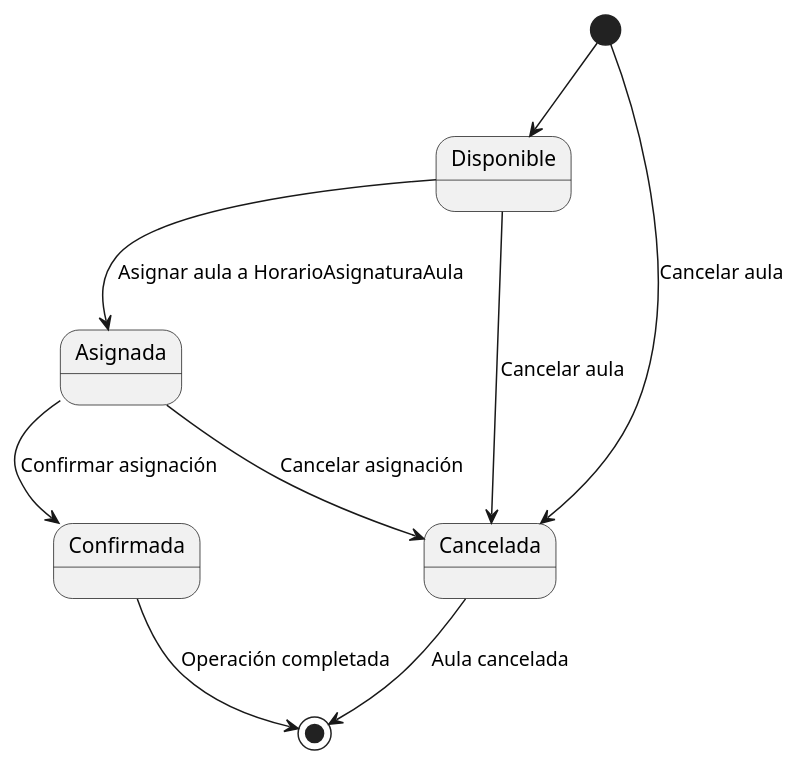
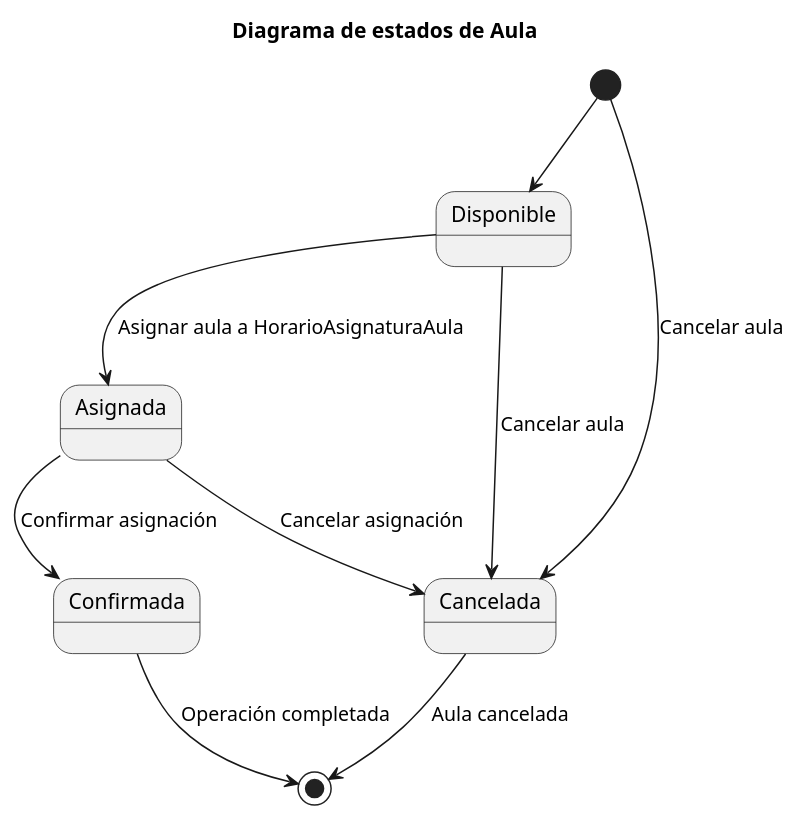
One commit to mmasias/24-25-IdSw1-SDR changed the diagram in modeloDelDominio/plantUML/diagramaEstadosAula.puml. Above: the diagram before and after it, drawn with PlantUML. The commit also changed 8 other files, not shown here.

```diff
--- a/modeloDelDominio/plantUML/diagramaEstadosAula.puml
+++ b/modeloDelDominio/plantUML/diagramaEstadosAula.puml
@@ -1,16 +1,16 @@
 @startuml
-' Diagrama de estados para Aula
+title Diagrama de estados de Aula
 state "Disponible" as Disponible_Aula
 state "Asignada" as AulaAsignada
 state "Confirmada" as AulaConfirmada
 state "Cancelada" as Cancelada_Aula
 
 [*] --> Disponible_Aula
 Disponible_Aula --> AulaAsignada : Asignar aula a HorarioAsignaturaAula
 AulaAsignada --> AulaConfirmada : Confirmar asignación
 AulaAsignada --> Cancelada_Aula : Cancelar asignación
 Disponible_Aula --> Cancelada_Aula : Cancelar aula
 [*] --> Cancelada_Aula : Cancelar aula
 AulaConfirmada --> [*] : Operación completada
 Cancelada_Aula --> [*] : Aula cancelada
 @enduml
```
